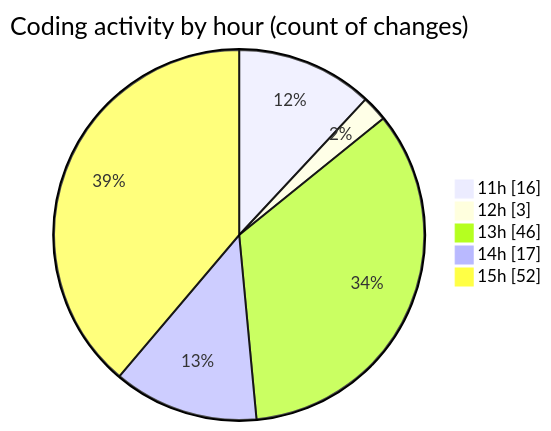
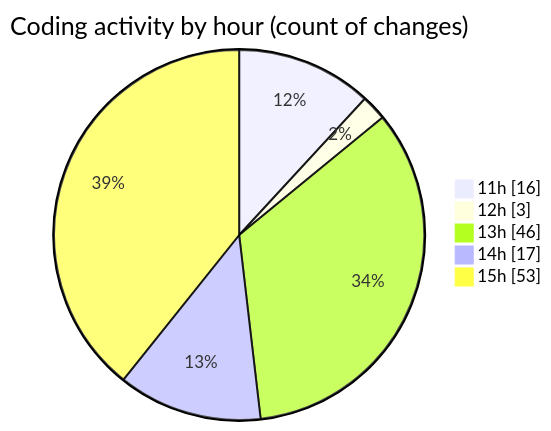
Before and after one commit to nxtqubesakshisongat/code-tracking: the second of 2 diagrams in 2025-07-08/argos/README.md, drawn with Mermaid. The commit also changed other lines of this file and 1 other file, not shown here.

````diff
--- a/2025-07-08/argos/README.md
+++ b/2025-07-08/argos/README.md
@@ -34,9 +34,9 @@
 ```mermaid
 pie showData
 title Coding activity by hour (count of changes)
 "11h" : 16
 "12h" : 3
 "13h" : 46
 "14h" : 17
-"15h" : 52
+"15h" : 53
 ```
````
